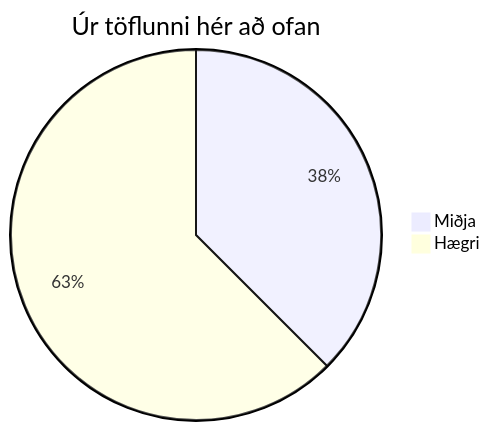
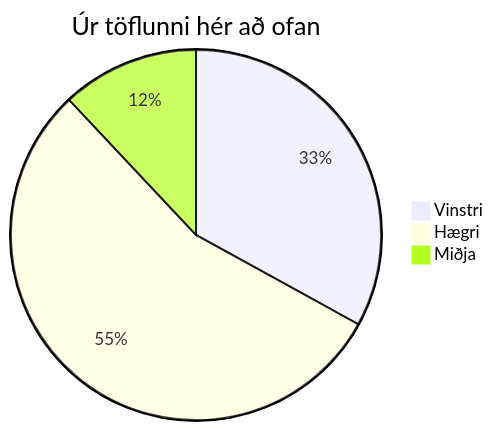
One commit to ElGuyman/vesm1kt changed the diagram in verkefni-1/README.md. Above: the diagram before and after it, drawn with Mermaid.

````diff
--- a/verkefni-1/README.md
+++ b/verkefni-1/README.md
@@ -27,6 +27,6 @@
 ```mermaid
 pie title Úr töflunni hér að ofan
-"Miðja" : 33
+"Vinstri" : 33
 "Hægri" : 55
 "Miðja" : 12
 ```
````
